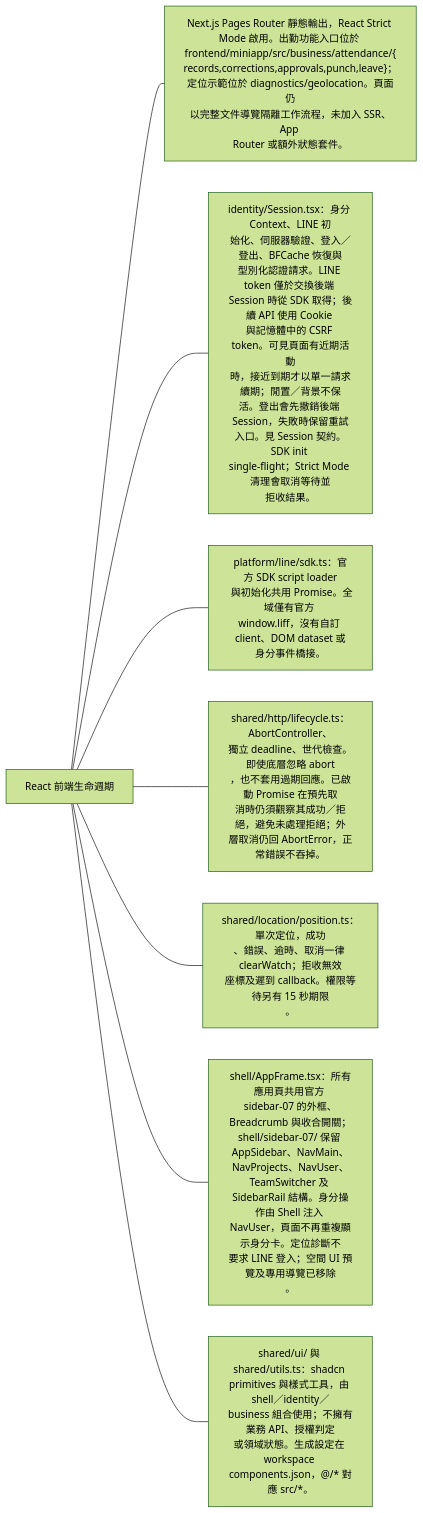
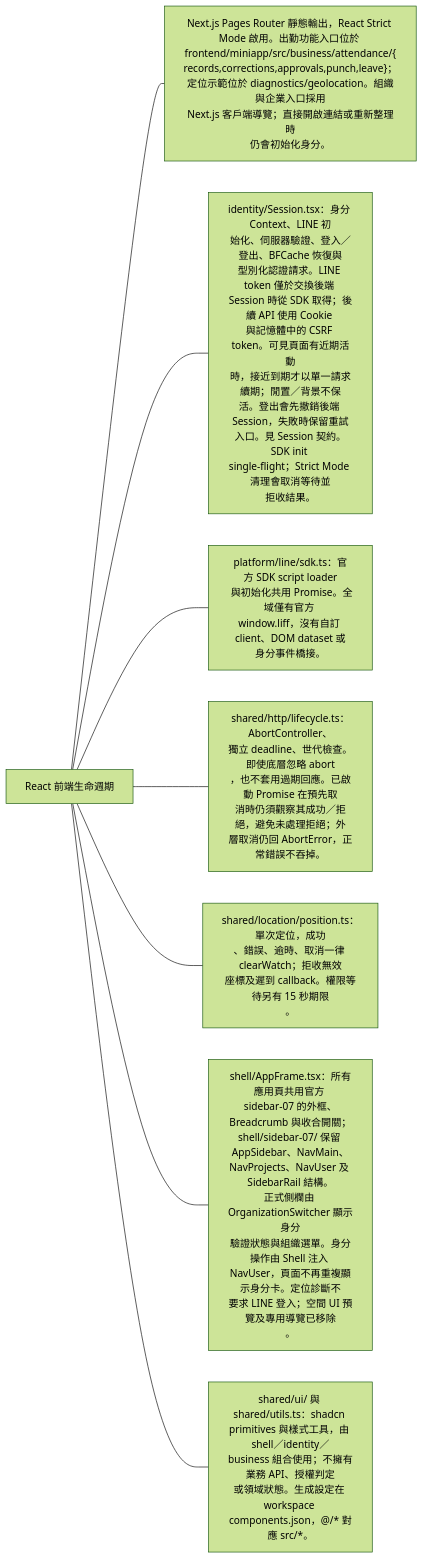
One commit to 963sup/line-mini-app-bot changed the first of 3 diagrams in docs/architecture/runtime/react-lifecycle.md. Above: the diagram before and after it, drawn with Mermaid (forest theme). The commit also changed other lines of this file and 15 other files, not shown here.

Commit message:
Preserve MINI App sessions across organization switches

````diff
--- a/docs/architecture/runtime/react-lifecycle.md
+++ b/docs/architecture/runtime/react-lifecycle.md
@@ -5,12 +5,12 @@
 ```mermaid
 flowchart LR
   h["React 前端生命週期"]
-  h --- n0["Next.js Pages Router 靜態輸出，React Strict <br/>Mode 啟用。出勤功能入口位於 <br/>frontend/miniapp/src/business/attendance/{<br/>records,corrections,approvals,punch,leave}；<br/>定位示範位於 diagnostics/geolocation。頁面仍<br/>以完整文件導覽隔離工作流程，未加入 SSR、App <br/>Router 或額外狀態套件。"]
+  h --- n0["Next.js Pages Router 靜態輸出，React Strict <br/>Mode 啟用。出勤功能入口位於 <br/>frontend/miniapp/src/business/attendance/{<br/>records,corrections,approvals,punch,leave}；<br/>定位示範位於 diagnostics/geolocation。組織與企業入口採用<br/>Next.js 客戶端導覽；直接開啟連結或重新整理時<br/>仍會初始化身分。"]
   h --- n1["identity/Session.tsx：身分 Context、LINE 初<br/>始化、伺服器驗證、登入／登出、BFCache 恢復與<br/>型別化認證請求。LINE token 僅於交換後端 <br/>Session 時從 SDK 取得；後續 API 使用 Cookie <br/>與記憶體中的 CSRF token。可見頁面有近期活動<br/>時，接近到期才以單一請求續期；閒置／背景不保<br/>活。登出會先撤銷後端 Session，失敗時保留重試<br/>入口。見 Session 契約。SDK init <br/>single-flight；Strict Mode 清理會取消等待並<br/>拒收結果。"]
   click n1 "../identity/browser-session.md"
   h --- n2["platform/line/sdk.ts：官方 SDK script loader<br/> 與初始化共用 Promise。全域僅有官方 <br/>window.liff，沒有自訂 client、DOM dataset 或<br/>身分事件橋接。"]
   h --- n3["shared/http/lifecycle.ts：AbortController、<br/>獨立 deadline、世代檢查。即使底層忽略 abort<br/>，也不套用過期回應。已啟動 Promise 在預先取<br/>消時仍須觀察其成功／拒絕，避免未處理拒絕；外<br/>層取消仍回 AbortError，正常錯誤不吞掉。"]
   h --- n4["shared/location/position.ts：單次定位，成功<br/>、錯誤、逾時、取消一律 clearWatch；拒收無效<br/>座標及遲到 callback。權限等待另有 15 秒期限<br/>。"]
-  h --- n5["shell/AppFrame.tsx：所有應用頁共用官方 <br/>sidebar-07 的外框、Breadcrumb 與收合開關；<br/>shell/sidebar-07/ 保留 AppSidebar、NavMain、<br/>NavProjects、NavUser、TeamSwitcher 及 <br/>SidebarRail 結構。身分操作由 Shell 注入 <br/>NavUser，頁面不再重複顯示身分卡。定位診斷不<br/>要求 LINE 登入；空間 UI 預覽及專用導覽已移除<br/>。"]
+  h --- n5["shell/AppFrame.tsx：所有應用頁共用官方 <br/>sidebar-07 的外框、Breadcrumb 與收合開關；<br/>shell/sidebar-07/ 保留 AppSidebar、NavMain、<br/>NavProjects、NavUser 及 SidebarRail 結構。<br/>正式側欄由 OrganizationSwitcher 顯示身分<br/>驗證狀態與組織選單。身分操作由 Shell 注入 <br/>NavUser，頁面不再重複顯示身分卡。定位診斷不<br/>要求 LINE 登入；空間 UI 預覽及專用導覽已移除<br/>。"]
   h --- n6["shared/ui/ 與 shared/utils.ts：shadcn <br/>primitives 與樣式工具，由 shell／identity／<br/>business 組合使用；不擁有業務 API、授權判定<br/>或領域狀態。生成設定在 workspace <br/>components.json，@/* 對應 src/*。"]
 ```
````
